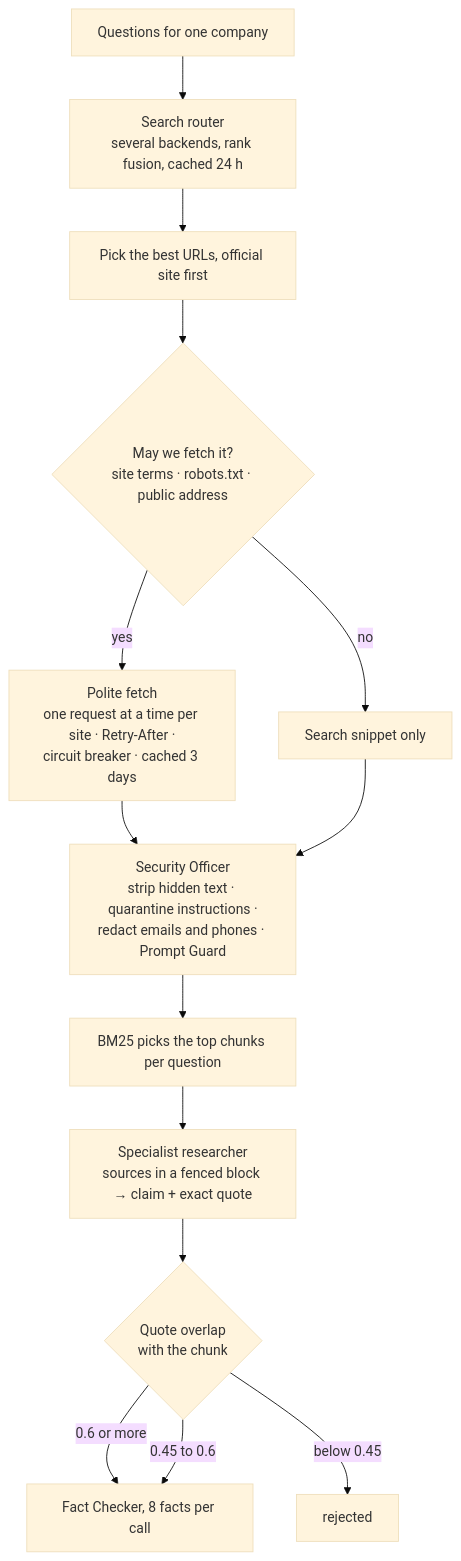
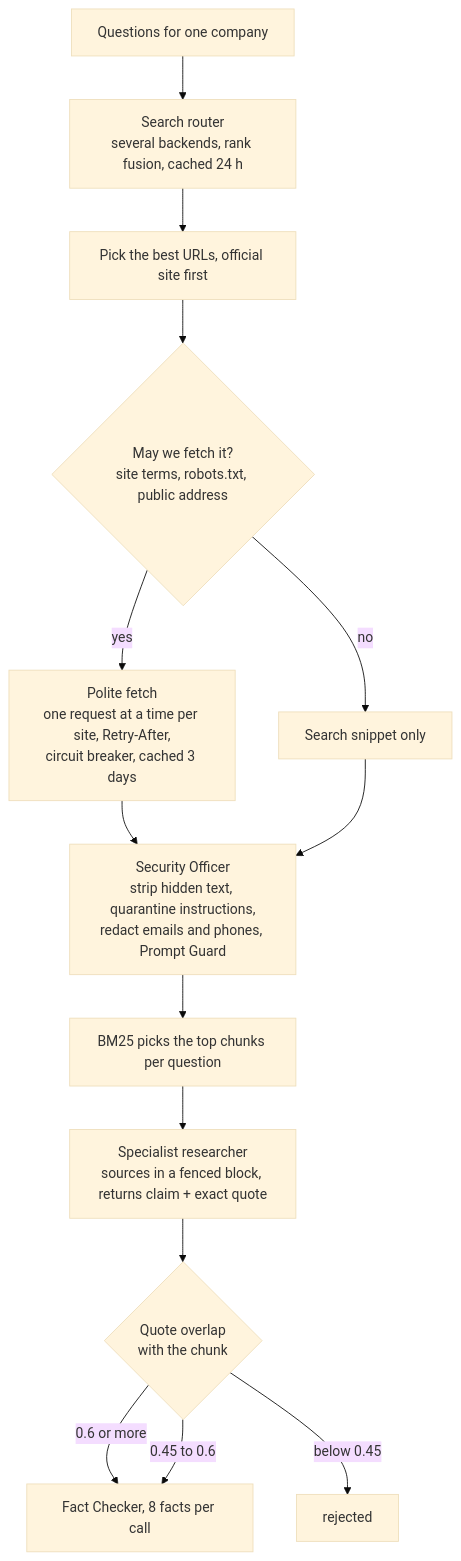
Before and after one commit to LakshayJ17/resurge: the third of 9 diagrams in docs/HOW_IT_WORKS.md, drawn with Mermaid (base theme). The commit also changed other lines of this file and 65 other files, not shown here.

````diff
--- a/docs/HOW_IT_WORKS.md
+++ b/docs/HOW_IT_WORKS.md
@@ -112,16 +112,16 @@
 ```mermaid
 flowchart TD
   Q["Questions for one company"] --> SR["Search router<br/>several backends, rank fusion, cached 24 h"]
   SR --> PICK["Pick the best URLs, official site first"]
-  PICK --> OKF{"May we fetch it?<br/>site terms · robots.txt · public address"}
+  PICK --> OKF{"May we fetch it?<br/>site terms, robots.txt, public address"}
   OKF -- no --> SNIP["Search snippet only"]
-  OKF -- yes --> GET["Polite fetch<br/>one request at a time per site · Retry-After ·<br/>circuit breaker · cached 3 days"]
-  GET --> SEC["Security Officer<br/>strip hidden text · quarantine instructions ·<br/>redact emails and phones · Prompt Guard"]
+  OKF -- yes --> GET["Polite fetch<br/>one request at a time per site, Retry-After,<br/>circuit breaker, cached 3 days"]
+  GET --> SEC["Security Officer<br/>strip hidden text, quarantine instructions,<br/>redact emails and phones, Prompt Guard"]
   SNIP --> SEC
   SEC --> BM["BM25 picks the top chunks per question"]
-  BM --> EX["Specialist researcher<br/>sources in a fenced block → claim + exact quote"]
+  BM --> EX["Specialist researcher<br/>sources in a fenced block, returns claim + exact quote"]
   EX --> GR{"Quote overlap<br/>with the chunk"}
   GR -- "0.6 or more" --> FC["Fact Checker, 8 facts per call"]
   GR -- "0.45 to 0.6" --> FC
   GR -- "below 0.45" --> X["rejected"]
 ```
````
